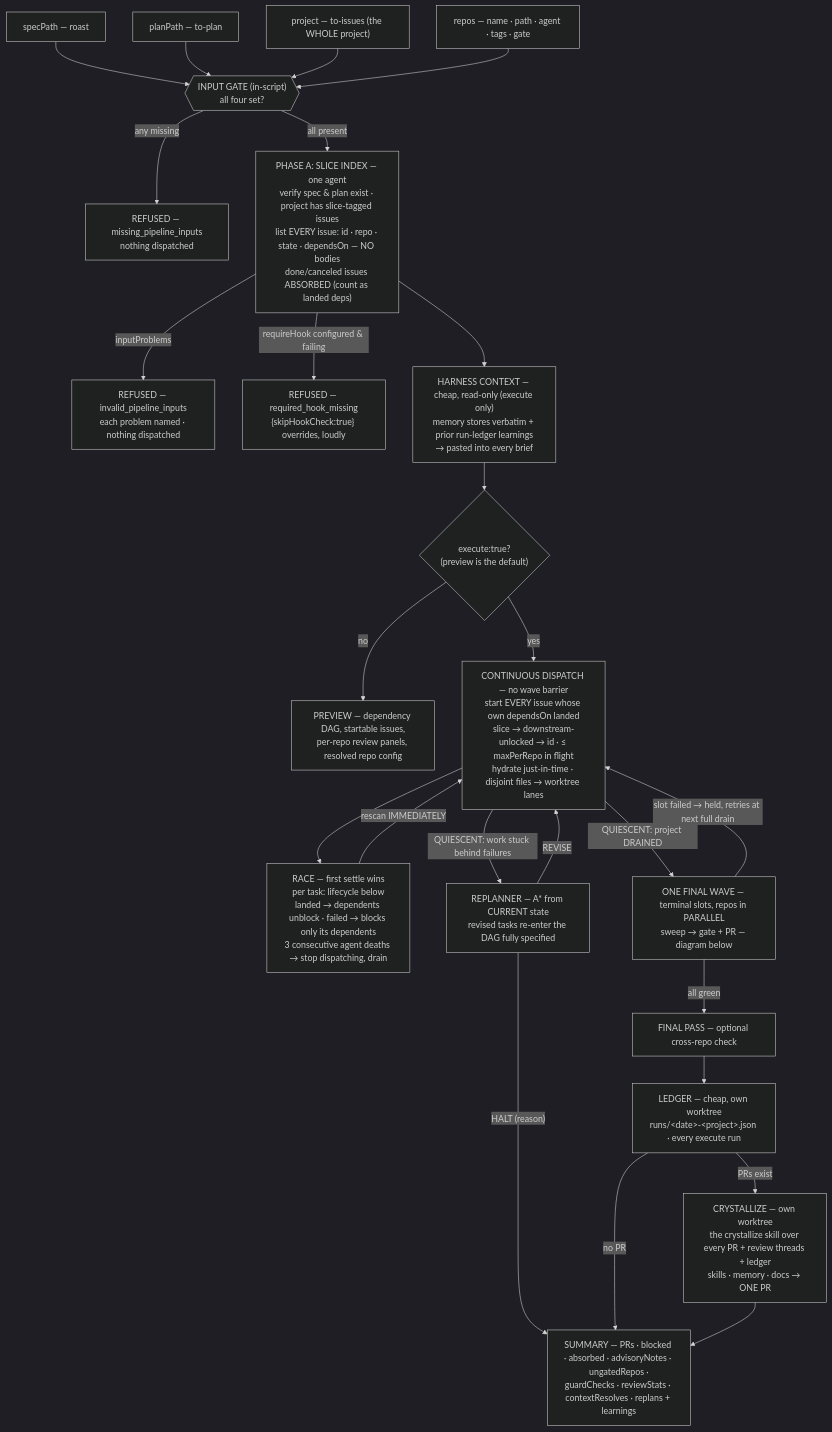
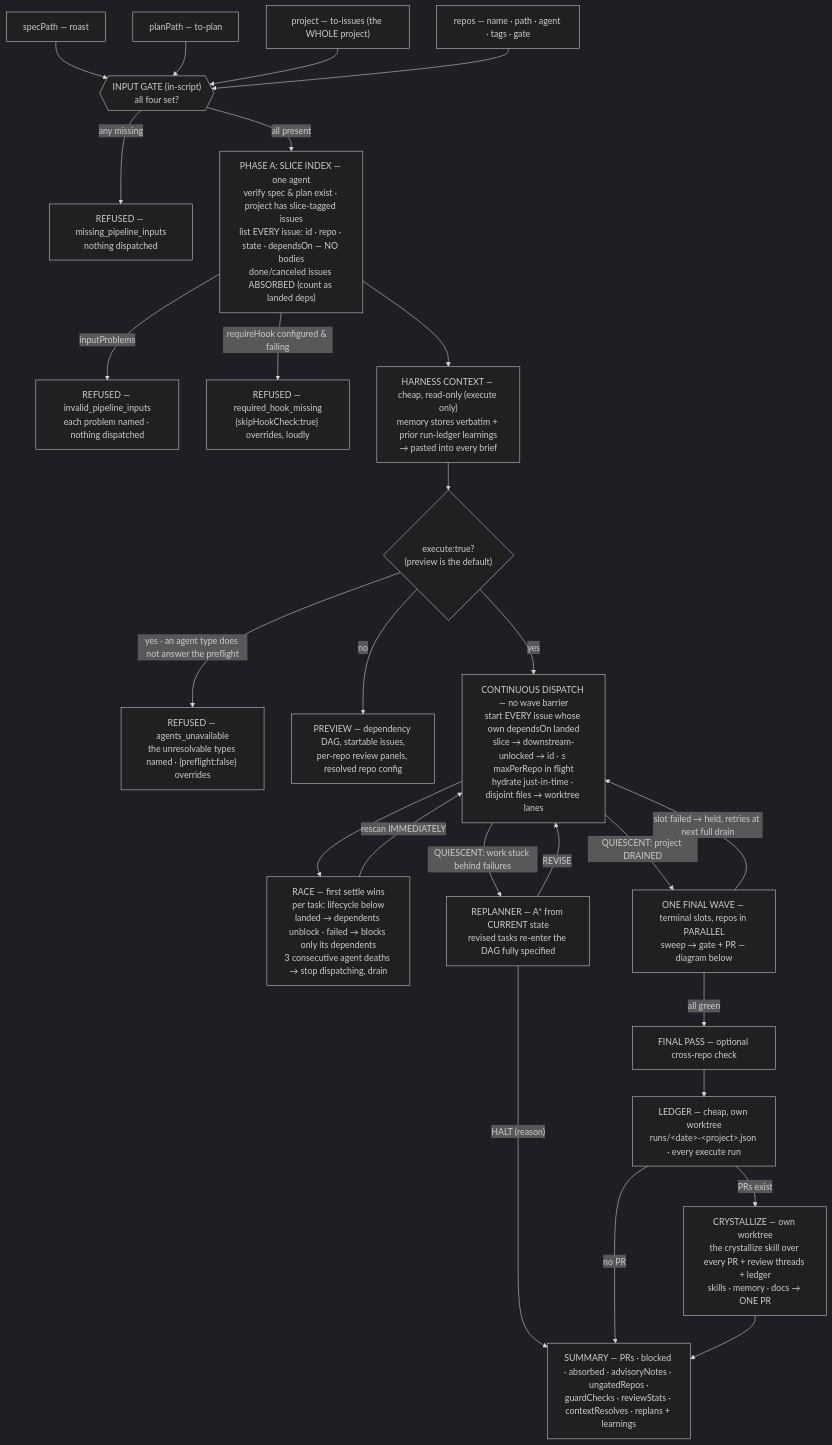
One commit to laurentlouk/grimoire changed the first of 3 diagrams in workflows/README.md. Above: the diagram before and after it, drawn with Mermaid (dark theme). The commit also changed other lines of this file and 5 other files, not shown here.

First line of the commit message:
fix(loop): refuse to start when an agent type does not resolve

````diff
--- a/workflows/README.md
+++ b/workflows/README.md
@@ -133,28 +134,29 @@
 ```mermaid
 flowchart TB
     spec["specPath — roast"] --> gate
     plan["planPath — to-plan"] --> gate
     proj["project — to-issues (the WHOLE project)"] --> gate
     repos["repos — name · path · agent · tags · gate"] --> gate
     gate{{"INPUT GATE (in-script)\nall four set?"}}
     gate -- "any missing" --> ref1["REFUSED — missing_pipeline_inputs\nnothing dispatched"]
     gate -- "all present" --> idx["PHASE A: SLICE INDEX — one agent\nverify spec &amp; plan exist · project has slice-tagged issues\nlist EVERY issue: id · repo · state · dependsOn — NO bodies\ndone/canceled issues ABSORBED (count as landed deps)"]
     idx -- "inputProblems" --> ref2["REFUSED — invalid_pipeline_inputs\neach problem named · nothing dispatched"]
     idx -- "requireHook configured &amp; failing" --> ref3["REFUSED — required_hook_missing\n{skipHookCheck:true} overrides, loudly"]
     idx --> ctx["HARNESS CONTEXT — cheap, read-only (execute only)\nmemory stores verbatim + prior run-ledger learnings\n→ pasted into every brief"]
     ctx --> exec{"execute:true?\n(preview is the default)"}
+    exec -- "yes · an agent type does not answer the preflight" --> ref4["REFUSED — agents_unavailable\nthe unresolvable types named · {preflight:false} overrides"]
     exec -- "no" --> prev["PREVIEW — dependency DAG, startable issues,\nper-repo review panels, resolved repo config"]
     exec -- "yes" --> disp["CONTINUOUS DISPATCH — no wave barrier\nstart EVERY issue whose own dependsOn landed\nslice → downstream-unlocked → id · ≤ maxPerRepo in flight\nhydrate just-in-time · disjoint files → worktree lanes"]
     disp --> race["RACE — first settle wins\nper task: lifecycle below\nlanded → dependents unblock · failed → blocks only its dependents\n3 consecutive agent deaths → stop dispatching, drain"]
     race -- "rescan IMMEDIATELY" --> disp
     disp -- "QUIESCENT: work stuck behind failures" --> replan["REPLANNER — A* from CURRENT state\nrevised tasks re-enter the DAG fully specified"]
     replan -- "REVISE" --> disp
     replan -- "HALT (reason)" --> summary
     disp -- "QUIESCENT: project DRAINED" --> final["ONE FINAL WAVE — terminal slots, repos in PARALLEL\nsweep → gate + PR — diagram below"]
     final -- "slot failed → held, retries at next full drain" --> disp
     final -- "all green" --> check["FINAL PASS — optional cross-repo check"]
     check --> ledger["LEDGER — cheap, own worktree\nruns/&lt;date&gt;-&lt;project&gt;.json · every execute run"]
     ledger -- "PRs exist" --> cry["CRYSTALLIZE — own worktree\nthe crystallize skill over every PR + review threads + ledger\nskills · memory · docs → ONE PR"]
     ledger -- "no PR" --> summary
     cry --> summary["SUMMARY — PRs · blocked · absorbed · advisoryNotes · ungatedRepos ·\nguardChecks · reviewStats · contextResolves · replans + learnings"]
 ```
````
